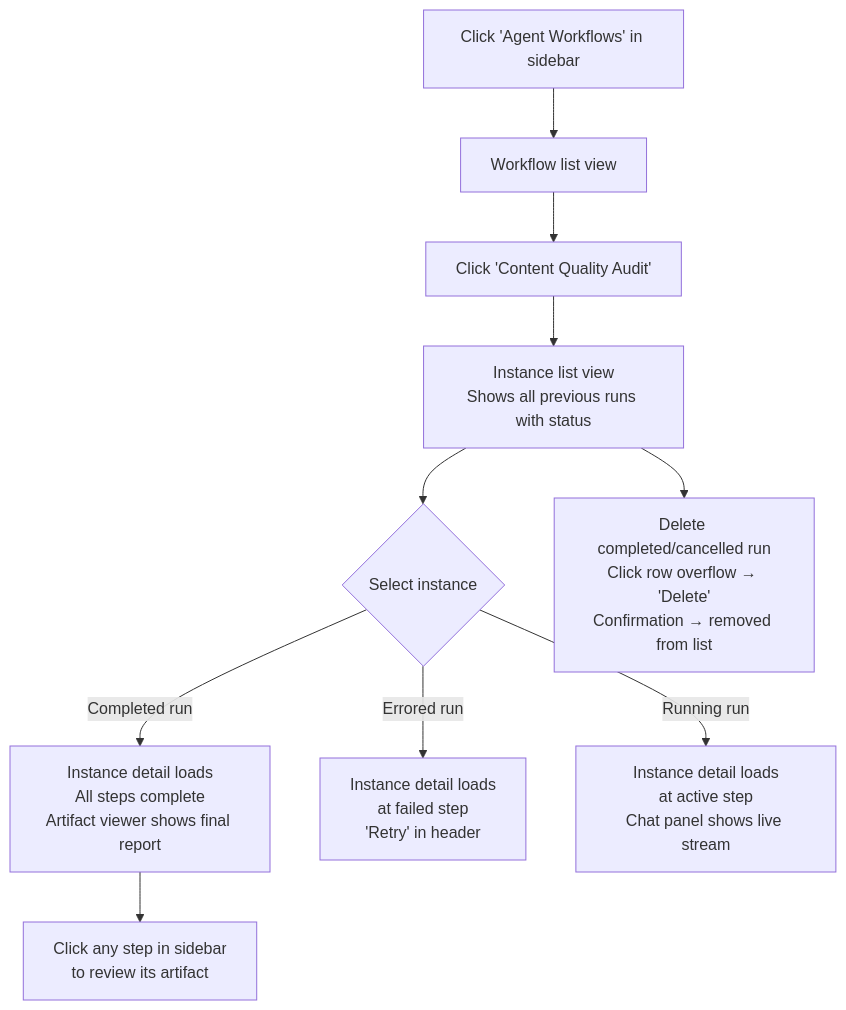
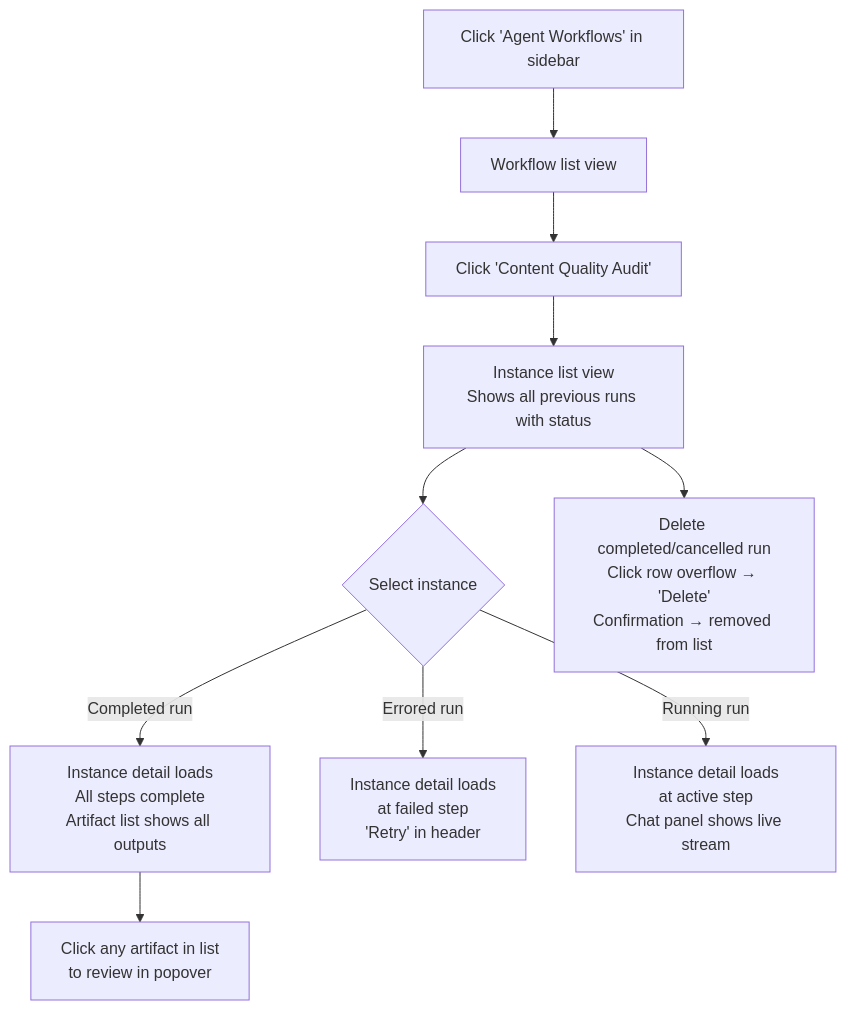
Before and after one commit to ashallcross/AgentRun: the fourth of 4 diagrams in _bmad-output/planning-artifacts/ux-design-specification.md, drawn with Mermaid. The commit also changed other lines of this file and 32 other files, not shown here.

First line of the commit message:
Story 8.2: Artifact list and popover viewer with review fixes

````diff
--- a/_bmad-output/planning-artifacts/ux-design-specification.md
+++ b/_bmad-output/planning-artifacts/ux-design-specification.md
@@ -648,12 +672,12 @@
 ```mermaid
 flowchart TD
     A[Click 'Agent Workflows' in sidebar] --> B[Workflow list view]
     B --> C[Click 'Content Quality Audit']
     C --> D[Instance list view<br/>Shows all previous runs with status]
     D --> E{Select instance}
-    E -->|Completed run| F[Instance detail loads<br/>All steps complete<br/>Artifact viewer shows final report]
-    F --> G[Click any step in sidebar<br/>to review its artifact]
+    E -->|Completed run| F[Instance detail loads<br/>All steps complete<br/>Artifact list shows all outputs]
+    F --> G[Click any artifact in list<br/>to review in popover]
     E -->|Errored run| H[Instance detail loads<br/>at failed step<br/>'Retry' in header]
     E -->|Running run| I[Instance detail loads<br/>at active step<br/>Chat panel shows live stream]
     D --> J[Delete completed/cancelled run<br/>Click row overflow → 'Delete'<br/>Confirmation → removed from list]
 ```
````
